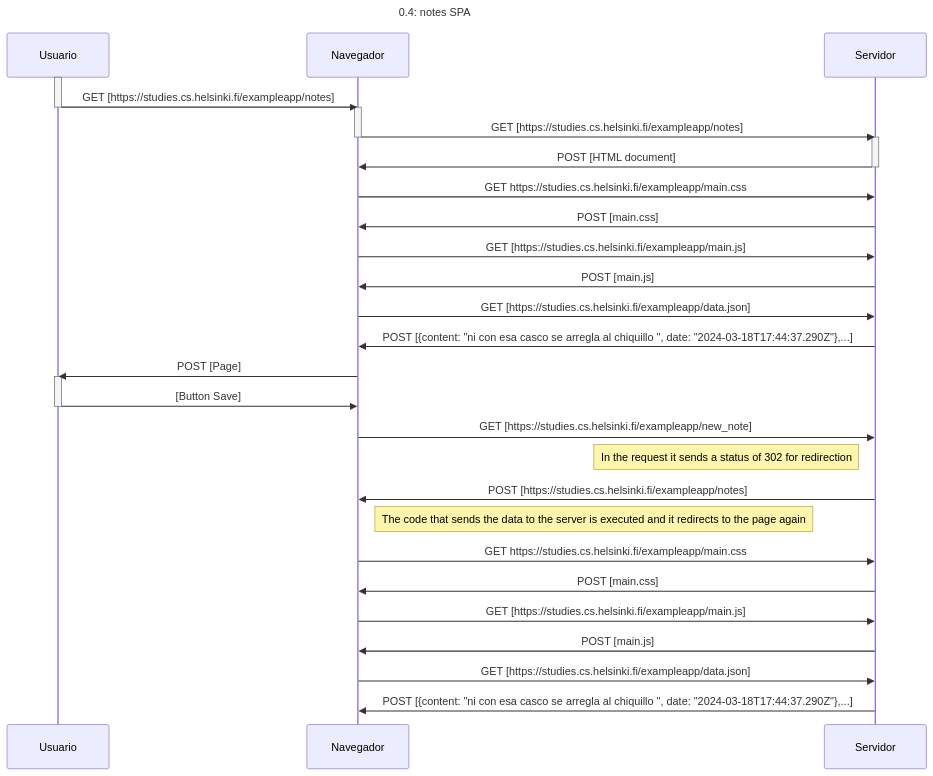
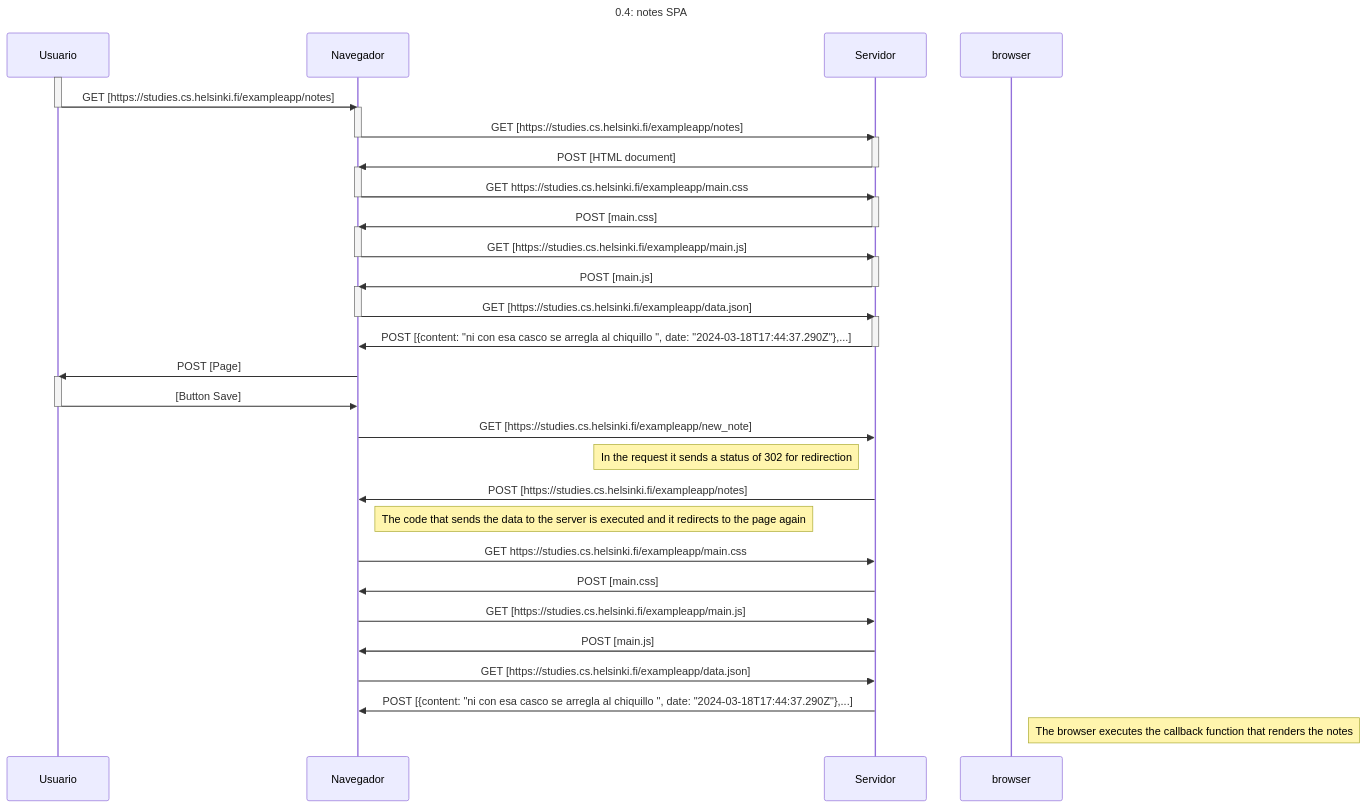
Before and after one commit to thecrusher2345/Full-Stack-Open-2023: the diagram in 0.4: Nuevo diagrama de nota.md, drawn with Mermaid.

Commit message:
Update 0.4: Nuevo diagrama de nota.md

````diff
--- a/0.4: Nuevo diagrama de nota.md
+++ b/0.4: Nuevo diagrama de nota.md
@@ -3,53 +3,65 @@
 ```mermaid
 sequenceDiagram
     Title: 0.4: notes SPA
 
     participant Usuario
     participant Navegador
     participant Servidor
     
 
     activate Usuario
     Usuario->>Navegador: GET [https://studies.cs.helsinki.fi/exampleapp/notes]
     deactivate Usuario
     activate Navegador
     Navegador->>Servidor: GET [https://studies.cs.helsinki.fi/exampleapp/notes]
     deactivate Navegador
     activate Servidor
     Servidor->>Navegador: POST [HTML document]
     deactivate Servidor
 
+    activate Navegador
     Navegador->>Servidor: GET https://studies.cs.helsinki.fi/exampleapp/main.css
+    deactivate Navegador
+    activate Servidor
     Servidor->>Navegador: POST [main.css]
+    deactivate Servidor
 
+    activate Navegador
     Navegador->>Servidor: GET [https://studies.cs.helsinki.fi/exampleapp/main.js]
+    deactivate Navegador
+    activate Servidor
     Servidor->>Navegador: POST [main.js]
+    deactivate Servidor
 
+    activate Navegador
     Navegador->>Servidor: GET [https://studies.cs.helsinki.fi/exampleapp/data.json]
+    deactivate Navegador
+    activate Servidor
     Servidor->>Navegador: POST [{content: "ni con esa casco se arregla al chiquillo ", date: "2024-03-18T17:44:37.290Z"},...]
-
+    deactivate Servidor
 
     Navegador->>Usuario: POST [Page]
     activate Usuario
     Usuario->>Navegador: [Button Save]
     deactivate Usuario
 
     Navegador->>Servidor: GET [https://studies.cs.helsinki.fi/exampleapp/new_note]
 Note left of Servidor: In the request it sends a status of 302 for redirection
     Servidor->>Navegador: POST [https://studies.cs.helsinki.fi/exampleapp/notes]
 Note right of Navegador: The code that sends the data to the server is executed and it redirects to the page again
 
     Navegador->>Servidor: GET https://studies.cs.helsinki.fi/exampleapp/main.css
     Servidor->>Navegador: POST [main.css]
 
     Navegador->>Servidor: GET [https://studies.cs.helsinki.fi/exampleapp/main.js]
     Servidor->>Navegador: POST [main.js]
 
      Navegador->>Servidor: GET [https://studies.cs.helsinki.fi/exampleapp/data.json]
     Servidor->>Navegador: POST [{content: "ni con esa casco se arregla al chiquillo ", date: "2024-03-18T17:44:37.290Z"},...]
+    Note right of browser: The browser executes the callback function that renders the notes
 
     
     
 
 
 ```
````
